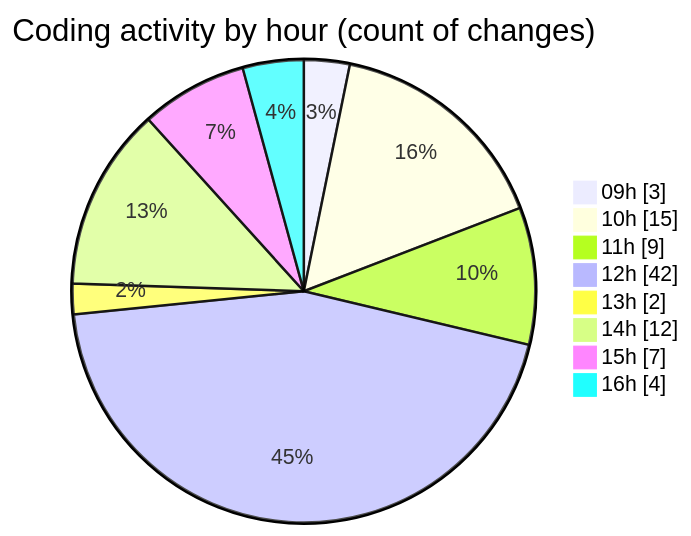
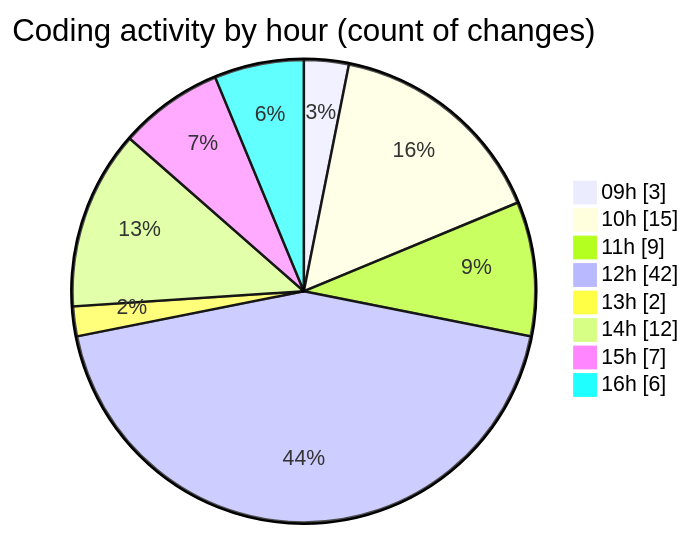
Before and after one commit to momahboobian/code-tracking: the second of 2 diagrams in 2026-11-03/cda/README.md, drawn with Mermaid. The commit also changed other lines of this file and 1 other file, not shown here.

````diff
--- a/2026-11-03/cda/README.md
+++ b/2026-11-03/cda/README.md
@@ -54,12 +54,12 @@
 ```mermaid
 pie showData
 title Coding activity by hour (count of changes)
 "09h" : 3
 "10h" : 15
 "11h" : 9
 "12h" : 42
 "13h" : 2
 "14h" : 12
 "15h" : 7
-"16h" : 4
+"16h" : 6
 ```
````
